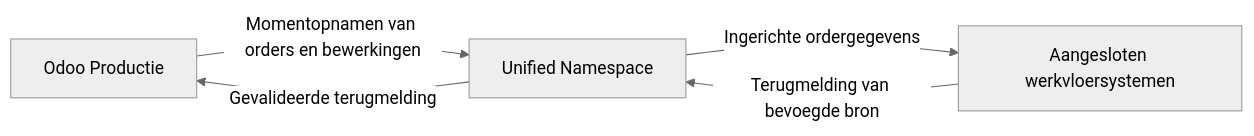
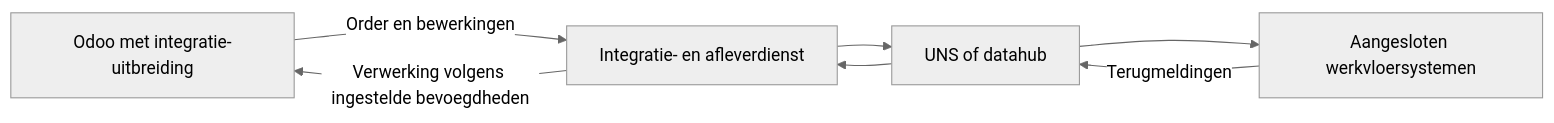
One commit to SheetMetalConnect/smc-mintlify changed the diagram in nl/odoo-uns/overview.mdx. Above: the diagram before and after it, drawn with Mermaid (neutral theme). The commit also changed other lines of this file and 6 other files, not shown here.

````diff
--- a/nl/odoo-uns/overview.mdx
+++ b/nl/odoo-uns/overview.mdx
@@ -12,7 +34,9 @@
 ```mermaid
 flowchart LR
-    O["Odoo Productie"] -->|"Momentopnamen van orders en bewerkingen"| U["Unified Namespace"]
-    U -->|"Ingerichte ordergegevens"| F["Aangesloten werkvloersystemen"]
-    F -->|"Terugmelding van bevoegde bron"| U
-    U -->|"Gevalideerde terugmelding"| O
+    O["Odoo met integratie-uitbreiding"] -->|"Order en bewerkingen"| D["Integratie- en afleverdienst"]
+    D --> U["UNS of datahub"]
+    U --> W["Aangesloten werkvloersystemen"]
+    W -->|"Terugmeldingen"| U
+    U --> D
+    D -->|"Verwerking volgens ingestelde bevoegdheden"| O
 ```
````
